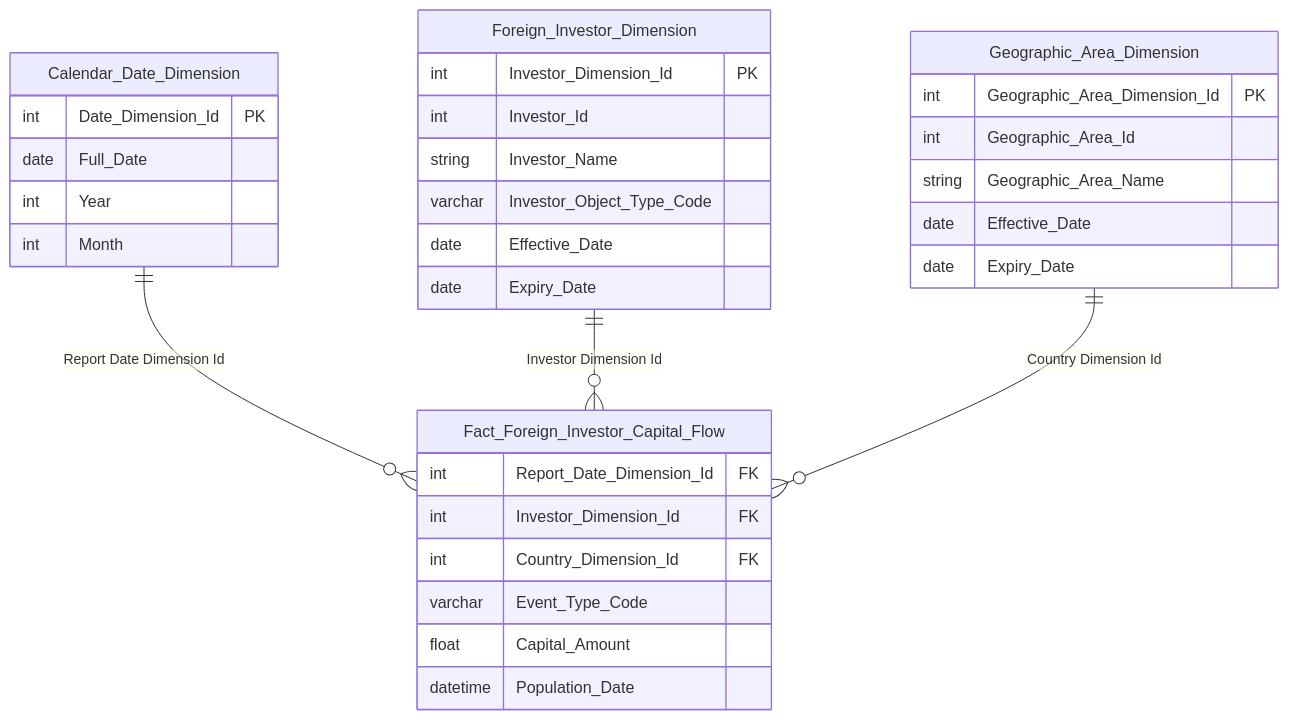
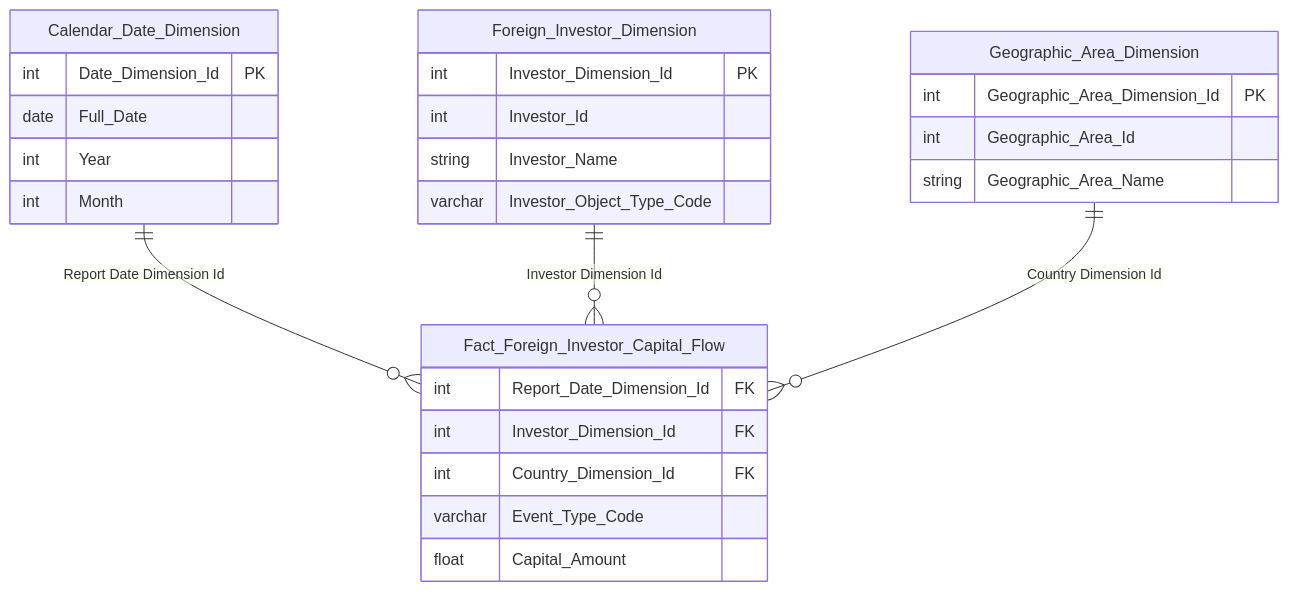
Before and after one commit to linhlvit/ubck_atomic_design: diagram 12 of 34 in Datamart/hld/DTM_NDTNN_HLD.md, drawn with Mermaid. The commit also changed other lines of this file and 10 other files, not shown here.

````diff
--- a/Datamart/hld/DTM_NDTNN_HLD.md
+++ b/Datamart/hld/DTM_NDTNN_HLD.md
@@ -610,36 +592,31 @@
 ```mermaid
 erDiagram
     Calendar_Date_Dimension {
         int Date_Dimension_Id PK
         date Full_Date
         int Year
         int Month
     }
     Foreign_Investor_Dimension {
         int Investor_Dimension_Id PK
         int Investor_Id
         string Investor_Name
         varchar Investor_Object_Type_Code
-        date Effective_Date
-        date Expiry_Date
     }
     Geographic_Area_Dimension {
         int Geographic_Area_Dimension_Id PK
         int Geographic_Area_Id
         string Geographic_Area_Name
-        date Effective_Date
-        date Expiry_Date
     }
     Fact_Foreign_Investor_Capital_Flow {
         int Report_Date_Dimension_Id FK
         int Investor_Dimension_Id FK
         int Country_Dimension_Id FK
         varchar Event_Type_Code
         float Capital_Amount
-        datetime Population_Date
     }
 
     Calendar_Date_Dimension ||--o{ Fact_Foreign_Investor_Capital_Flow : "Report Date Dimension Id"
     Foreign_Investor_Dimension ||--o{ Fact_Foreign_Investor_Capital_Flow : "Investor Dimension Id"
     Geographic_Area_Dimension ||--o{ Fact_Foreign_Investor_Capital_Flow : "Country Dimension Id"
 ```
````
